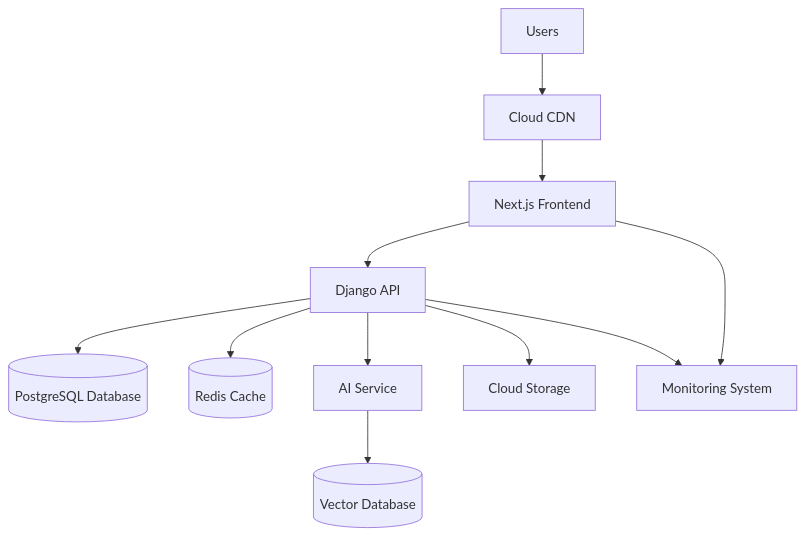
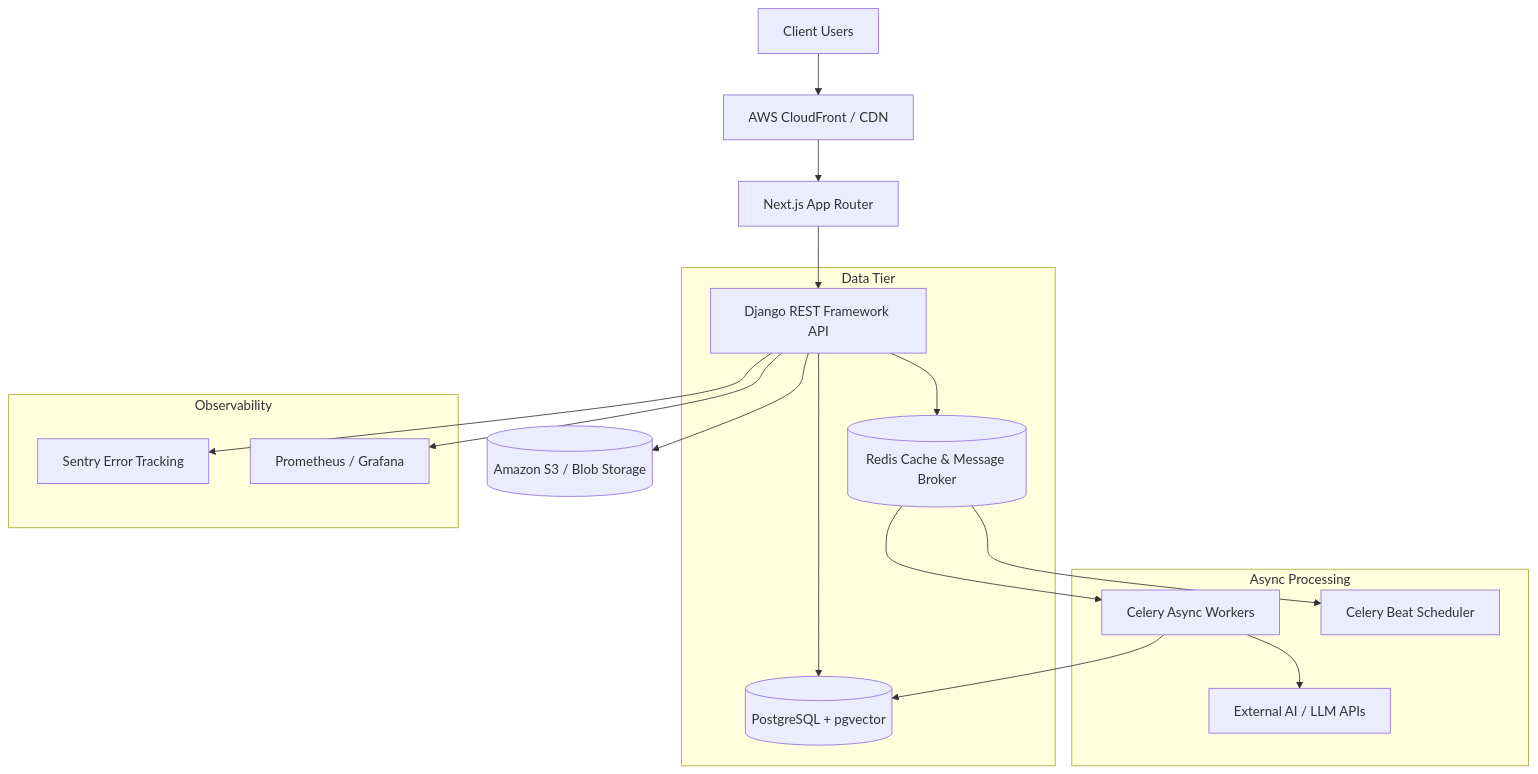
The first of 3 diagrams in docs/11_Deployment.md (injifannoo/service-intelligence-platform), drawn with Mermaid before and after one commit. The commit also changed other lines of this file and 76 other files, not shown here.

````diff
--- a/docs/11_Deployment.md
+++ b/docs/11_Deployment.md
@@ -105,35 +96,27 @@
 ```mermaid
 flowchart TD
+    Users[Client Users] --> CloudFront[AWS CloudFront / CDN]
+    CloudFront --> Frontend[Next.js App Router]
 
+    Frontend --> Backend[Django REST Framework API]
 
-Users[Users]
+    subgraph Data Tier
+        Backend --> Postgres[(PostgreSQL + pgvector)]
+        Backend --> Redis[(Redis Cache & Message Broker)]
+    end
 
-Users --> CDN[Cloud CDN]
+    subgraph Async Processing
+        Redis --> CeleryWorker[Celery Async Workers]
+        Redis --> CeleryBeat[Celery Beat Scheduler]
+        CeleryWorker --> Postgres
+        CeleryWorker --> LLMAPI[External AI / LLM APIs]
+    end
 
-CDN --> Frontend[Next.js Frontend]
+    Backend --> S3[(Amazon S3 / Blob Storage)]
 
-
-Frontend --> Backend[Django API]
-
-
-Backend --> PostgreSQL[(PostgreSQL Database)]
-
-Backend --> Redis[(Redis Cache)]
-
-
-Backend --> AI[AI Service]
-
-
-AI --> VectorDB[(Vector Database)]
-
-
-Backend --> Storage[Cloud Storage]
-
-
-Monitoring[Monitoring System]
-
-Backend --> Monitoring
-
-Frontend --> Monitoring
+    subgraph Observability
+        Backend --> Sentry[Sentry Error Tracking]
+        Backend --> Prometheus[Prometheus / Grafana]
+    end
 
 ```
````
